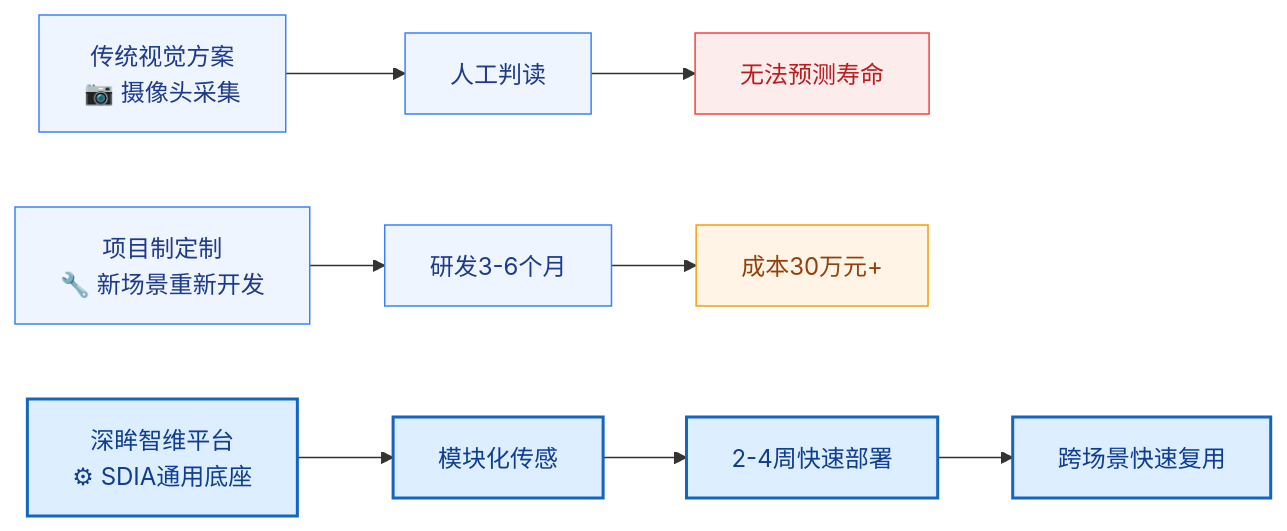
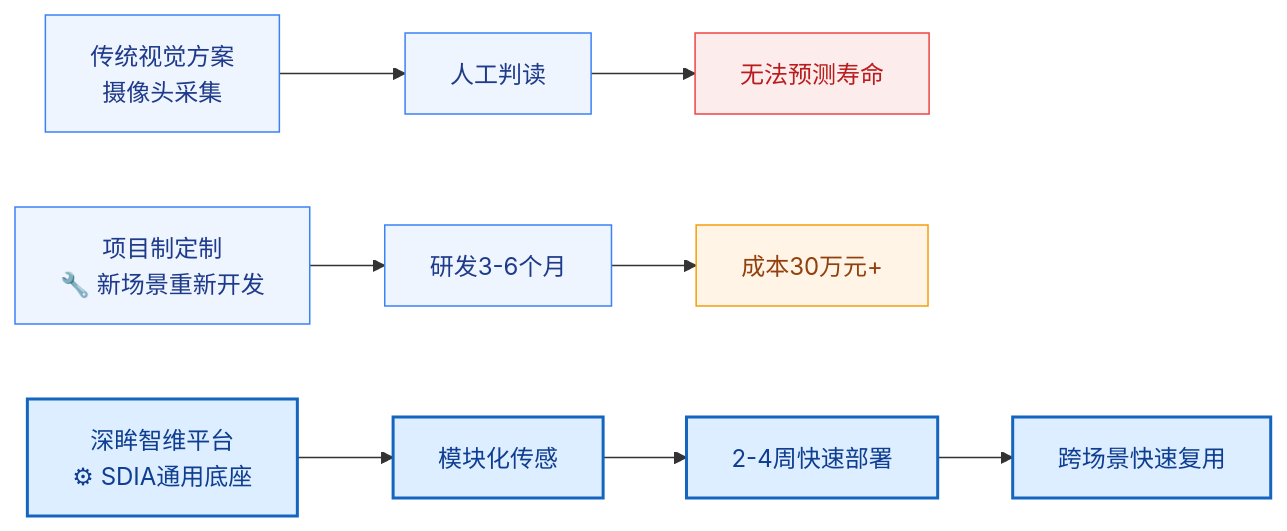
Before and after one commit to LGS91/iodraw-files: the diagram in all/未命名.md, drawn with Mermaid.

Commit message:
2026-07-06 10:51:27 update

````diff
--- a/all/未命名.md
+++ b/all/未命名.md
@@ -1,26 +1,26 @@
 ```mermaid
 flowchart LR
 
-A["传统视觉方案<br/>📷 摄像头采集"] --> B["人工判读"]
+A["传统视觉方案<br/>摄像头采集"] --> B["人工判读"]
 B --> C["无法预测寿命"]
 
 D["项目制定制<br/>🔧 新场景重新开发"] --> E["研发3-6个月"]
 E --> F["成本30万元+"]
 
 G["深眸智维平台<br/>⚙ SDIA通用底座"] --> H["模块化传感"]
 H --> I["2-4周快速部署"]
 I --> J["跨场景快速复用"]
 
 style A fill:#EEF5FF,stroke:#3B82F6,color:#1E3A8A
 style B fill:#EEF5FF,stroke:#3B82F6,color:#1E3A8A
 style C fill:#FDECEC,stroke:#EF4444,color:#B91C1C
 
 style D fill:#EEF5FF,stroke:#3B82F6,color:#1E3A8A
 style E fill:#EEF5FF,stroke:#3B82F6,color:#1E3A8A
 style F fill:#FFF4E5,stroke:#F59E0B,color:#92400E
 
 style G fill:#DCEEFF,stroke:#1565C0,stroke-width:2px,color:#0F3D91
 style H fill:#DCEEFF,stroke:#1565C0,stroke-width:2px,color:#0F3D91
 style I fill:#DCEEFF,stroke:#1565C0,stroke-width:2px,color:#0F3D91
 style J fill:#DCEEFF,stroke:#1565C0,stroke-width:2px,color:#0F3D91
 ```
````
